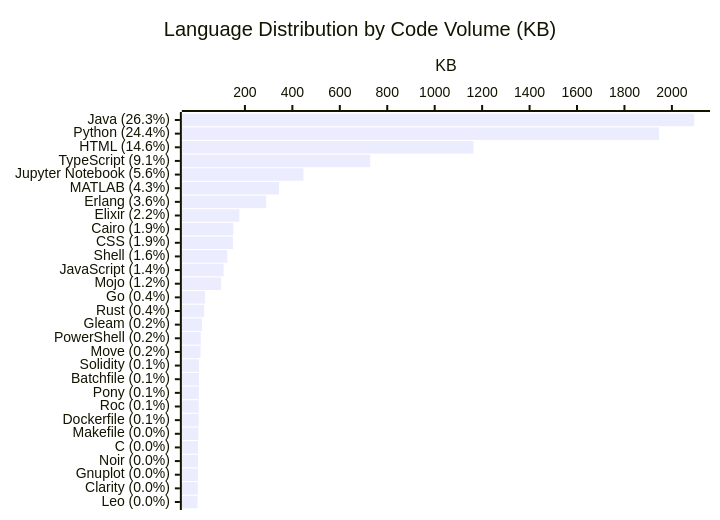
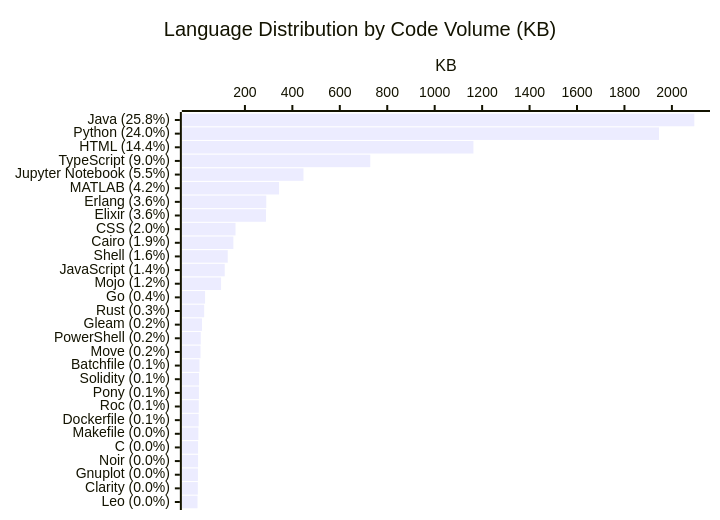
One commit to KathiraveluLab/.github changed the diagram in profile/README.md. Above: the diagram before and after it, drawn with Mermaid. The commit also changed other lines of this file and 1 other file, not shown here.

````diff
--- a/profile/README.md
+++ b/profile/README.md
@@ -66,7 +67,7 @@
 ```mermaid
 xychart-beta horizontal
     title "Language Distribution by Code Volume (KB)"
-    x-axis ["Java (26.3%)", "Python (24.4%)", "HTML (14.6%)", "TypeScript (9.1%)", "Jupyter Notebook (5.6%)", "MATLAB (4.3%)", "Erlang (3.6%)", "Elixir (2.2%)", "Cairo (1.9%)", "CSS (1.9%)", "Shell (1.6%)", "JavaScript (1.4%)", "Mojo (1.2%)", "Go (0.4%)", "Rust (0.4%)", "Gleam (0.2%)", "PowerShell (0.2%)", "Move (0.2%)", "Solidity (0.1%)", "Batchfile (0.1%)", "Pony (0.1%)", "Roc (0.1%)", "Dockerfile (0.1%)", "Makefile (0.0%)", "C (0.0%)", "Noir (0.0%)", "Gnuplot (0.0%)", "Clarity (0.0%)", "Leo (0.0%)"]
+    x-axis ["Java (25.8%)", "Python (24.0%)", "HTML (14.4%)", "TypeScript (9.0%)", "Jupyter Notebook (5.5%)", "MATLAB (4.2%)", "Erlang (3.6%)", "Elixir (3.6%)", "CSS (2.0%)", "Cairo (1.9%)", "Shell (1.6%)", "JavaScript (1.4%)", "Mojo (1.2%)", "Go (0.4%)", "Rust (0.3%)", "Gleam (0.2%)", "PowerShell (0.2%)", "Move (0.2%)", "Batchfile (0.1%)", "Solidity (0.1%)", "Pony (0.1%)", "Roc (0.1%)", "Dockerfile (0.1%)", "Makefile (0.0%)", "C (0.0%)", "Noir (0.0%)", "Gnuplot (0.0%)", "Clarity (0.0%)", "Leo (0.0%)"]
     y-axis "KB"
-    bar [2094.5, 1945.64, 1163.33, 728.35, 446.91, 343.93, 289.93, 176.6, 151.31, 149.79, 125.87, 110.01, 99.52, 32.03, 28.25, 18.9, 13.91, 12.89, 6.65, 6.48, 6.01, 5.51, 5.12, 3.74, 2.58, 2.46, 1.82, 1.53, 0.26]
+    bar [2094.5, 1945.64, 1163.33, 728.35, 446.91, 343.93, 289.93, 288.67, 160.38, 151.31, 127.55, 114.88, 99.52, 32.03, 28.25, 18.9, 13.91, 12.89, 8.48, 6.65, 6.01, 5.51, 5.12, 3.74, 2.58, 2.46, 1.82, 1.53, 0.26]
 ```
````
